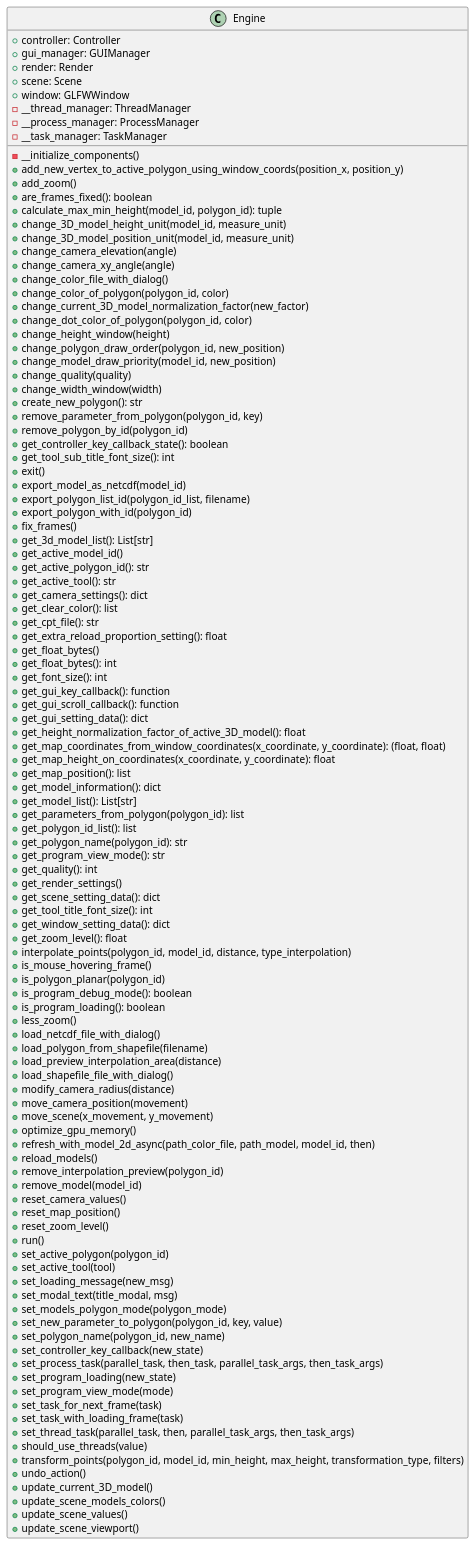
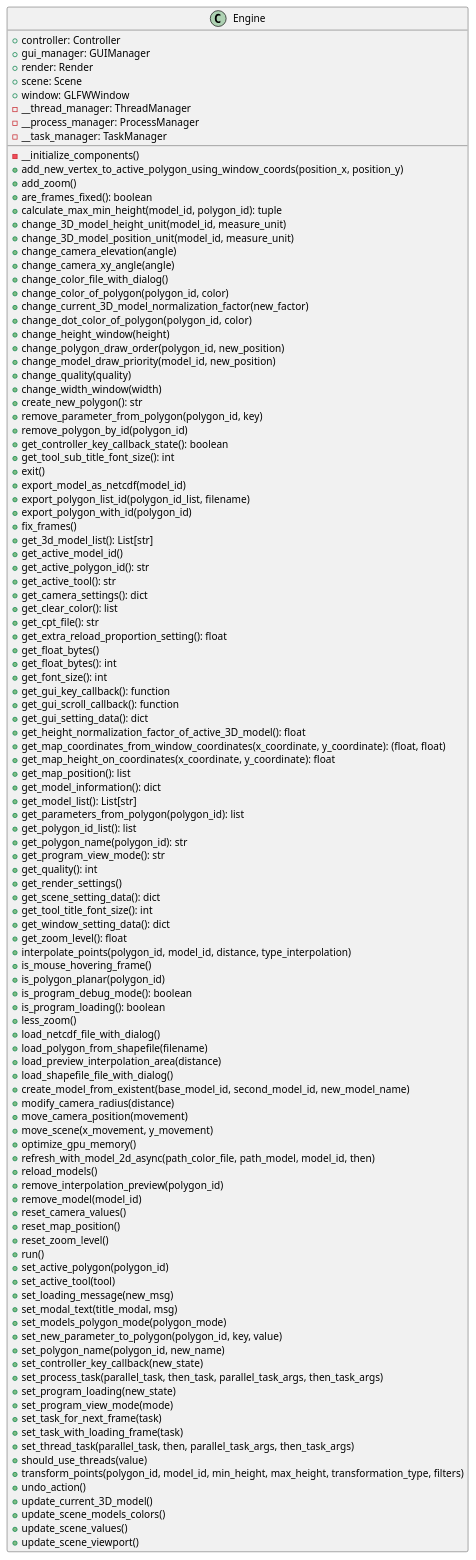
The diagram in docs/classes/Engine.puml (ferpoble2/Relief_Creator), drawn with PlantUML before and after one commit.

```diff
--- a/docs/classes/Engine.puml
+++ b/docs/classes/Engine.puml
@@ -1,115 +1,116 @@
 @startuml
 class Engine {
     + controller: Controller
     + gui_manager: GUIManager
     + render: Render
     + scene: Scene
     + window: GLFWWindow
     - __thread_manager: ThreadManager
     - __process_manager: ProcessManager
     - __task_manager: TaskManager
 
     - __initialize_components()
     + add_new_vertex_to_active_polygon_using_window_coords(position_x, position_y)
     + add_zoom()
     + are_frames_fixed(): boolean
     + calculate_max_min_height(model_id, polygon_id): tuple
     + change_3D_model_height_unit(model_id, measure_unit)
     + change_3D_model_position_unit(model_id, measure_unit)
     + change_camera_elevation(angle)
     + change_camera_xy_angle(angle)
     + change_color_file_with_dialog()
     + change_color_of_polygon(polygon_id, color)
     + change_current_3D_model_normalization_factor(new_factor)
     + change_dot_color_of_polygon(polygon_id,  color)
     + change_height_window(height)
     + change_polygon_draw_order(polygon_id, new_position)
     + change_model_draw_priority(model_id, new_position)
     + change_quality(quality)
     + change_width_window(width)
     + create_new_polygon(): str
     + remove_parameter_from_polygon(polygon_id, key)
     + remove_polygon_by_id(polygon_id)
     + get_controller_key_callback_state(): boolean
     + get_tool_sub_title_font_size(): int
     + exit()
     + export_model_as_netcdf(model_id)
     + export_polygon_list_id(polygon_id_list, filename)
     + export_polygon_with_id(polygon_id)
     + fix_frames()
     + get_3d_model_list(): List[str]
     + get_active_model_id()
     + get_active_polygon_id(): str
     + get_active_tool(): str
     + get_camera_settings(): dict
     + get_clear_color(): list
     + get_cpt_file(): str
     + get_extra_reload_proportion_setting(): float
     + get_float_bytes()
     + get_float_bytes(): int
     + get_font_size(): int
     + get_gui_key_callback(): function
     + get_gui_scroll_callback(): function
     + get_gui_setting_data(): dict
     + get_height_normalization_factor_of_active_3D_model(): float
     + get_map_coordinates_from_window_coordinates(x_coordinate, y_coordinate): (float, float)
     + get_map_height_on_coordinates(x_coordinate, y_coordinate): float
     + get_map_position(): list
     + get_model_information(): dict
     + get_model_list(): List[str]
     + get_parameters_from_polygon(polygon_id): list
     + get_polygon_id_list(): list
     + get_polygon_name(polygon_id): str
     + get_program_view_mode(): str
     + get_quality(): int
     + get_render_settings()
     + get_scene_setting_data(): dict
     + get_tool_title_font_size(): int
     + get_window_setting_data(): dict
     + get_zoom_level(): float
     + interpolate_points(polygon_id, model_id, distance, type_interpolation)
     + is_mouse_hovering_frame()
     + is_polygon_planar(polygon_id)
     + is_program_debug_mode(): boolean
     + is_program_loading(): boolean
     + less_zoom()
     + load_netcdf_file_with_dialog()
     + load_polygon_from_shapefile(filename)
     + load_preview_interpolation_area(distance)
     + load_shapefile_file_with_dialog()
+    + create_model_from_existent(base_model_id, second_model_id, new_model_name)
     + modify_camera_radius(distance)
     + move_camera_position(movement)
     + move_scene(x_movement, y_movement)
     + optimize_gpu_memory()
     + refresh_with_model_2d_async(path_color_file, path_model, model_id, then)
     + reload_models()
     + remove_interpolation_preview(polygon_id)
     + remove_model(model_id)
     + reset_camera_values()
     + reset_map_position()
     + reset_zoom_level()
     + run()
     + set_active_polygon(polygon_id)
     + set_active_tool(tool)
     + set_loading_message(new_msg)
     + set_modal_text(title_modal, msg)
     + set_models_polygon_mode(polygon_mode)
     + set_new_parameter_to_polygon(polygon_id, key, value)
     + set_polygon_name(polygon_id, new_name)
     + set_controller_key_callback(new_state)
     + set_process_task(parallel_task, then_task, parallel_task_args, then_task_args)
     + set_program_loading(new_state)
     + set_program_view_mode(mode)
     + set_task_for_next_frame(task)
     + set_task_with_loading_frame(task)
     + set_thread_task(parallel_task, then, parallel_task_args, then_task_args)
     + should_use_threads(value)
     + transform_points(polygon_id, model_id, min_height, max_height, transformation_type, filters)
     + undo_action()
     + update_current_3D_model()
     + update_scene_models_colors()
     + update_scene_values()
     + update_scene_viewport()
 }
 
 @enduml
```
